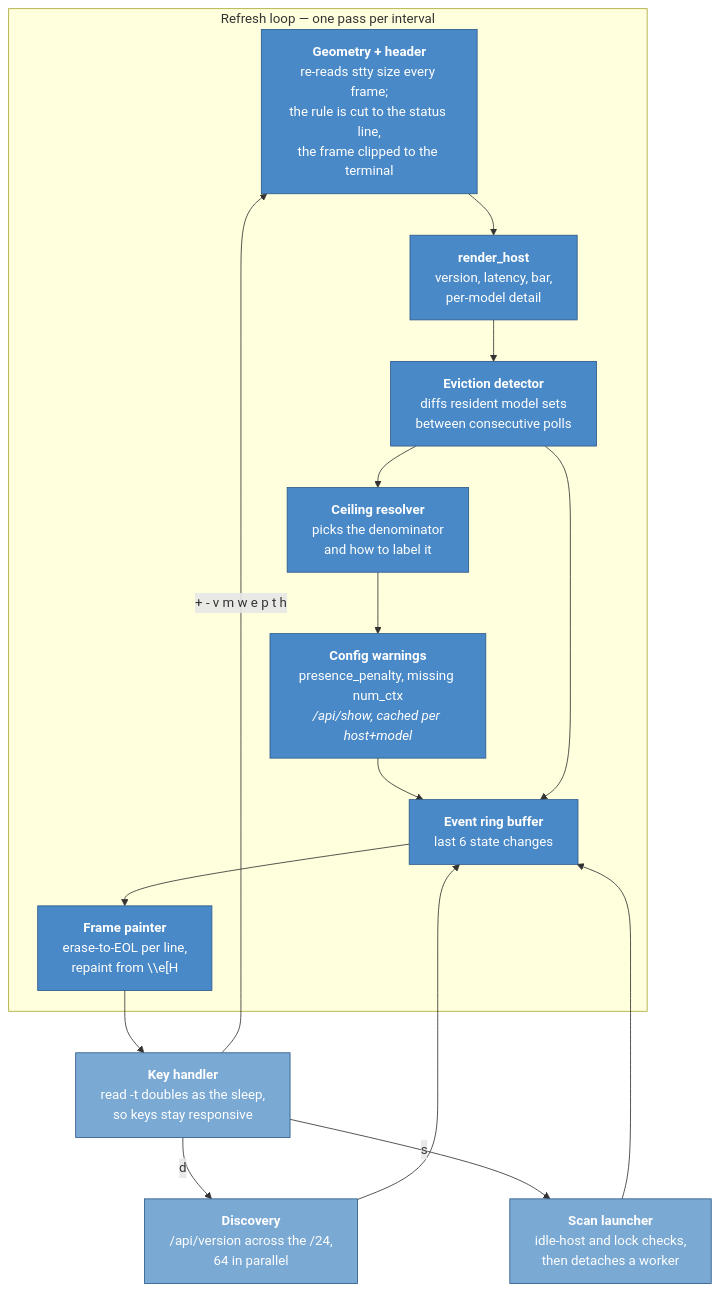
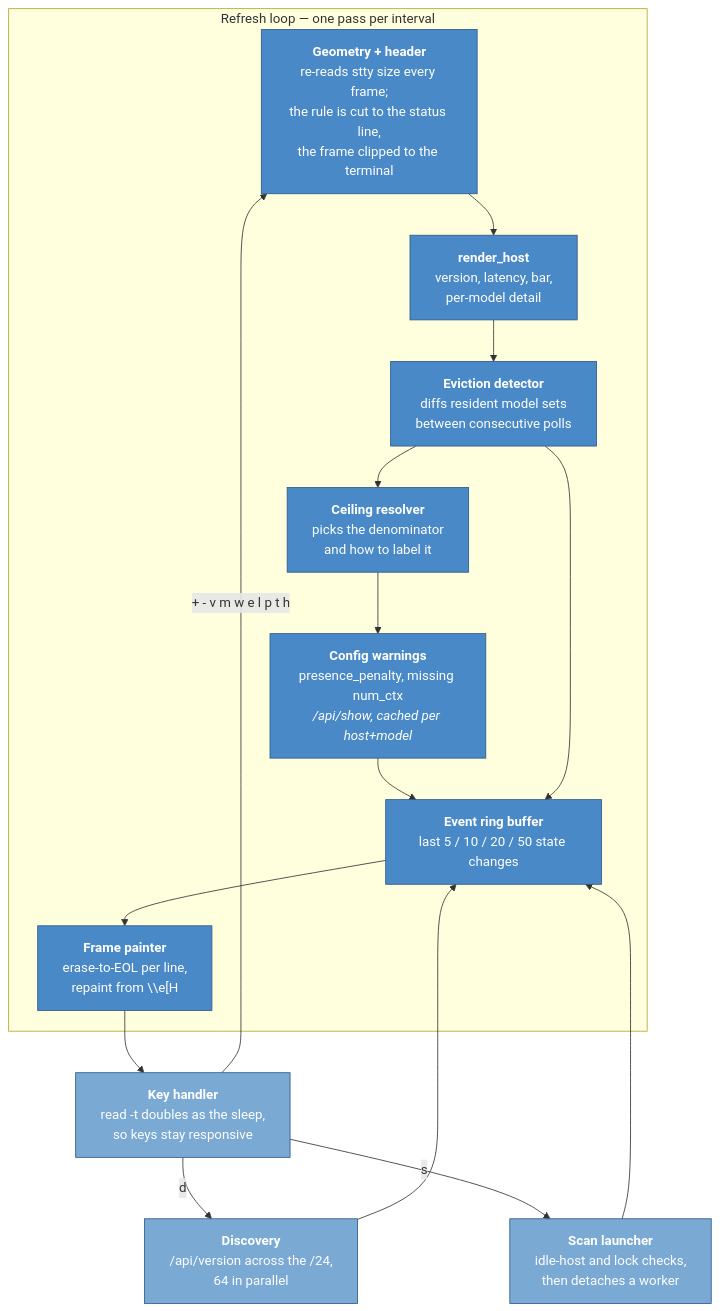
One commit to marcelpetrick/ollamaFarm changed the third of 5 diagrams in docs/architecture.md. Above: the diagram before and after it, drawn with Mermaid. The commit also changed other lines of this file and 4 other files, not shown here.

````diff
--- a/docs/architecture.md
+++ b/docs/architecture.md
@@ -115,30 +115,30 @@
 ```mermaid
 flowchart TB
   subgraph loop ["Refresh loop — one pass per interval"]
     geom["<b>Geometry + header</b><br/>re-reads stty size every frame;<br/>the rule is cut to the status line,<br/>the frame clipped to the terminal"]
     render["<b>render_host</b><br/>version, latency, bar,<br/>per-model detail"]
     diff["<b>Eviction detector</b><br/>diffs resident model sets<br/>between consecutive polls"]
     ceil["<b>Ceiling resolver</b><br/>picks the denominator<br/>and how to label it"]
     warn["<b>Config warnings</b><br/>presence_penalty, missing num_ctx<br/><i>/api/show, cached per host+model</i>"]
-    events["<b>Event ring buffer</b><br/>last 6 state changes"]
+    events["<b>Event ring buffer</b><br/>last 5 / 10 / 20 / 50 state changes"]
     paint["<b>Frame painter</b><br/>erase-to-EOL per line,<br/>repaint from \\e[H"]
   end
 
   keys["<b>Key handler</b><br/>read -t doubles as the sleep,<br/>so keys stay responsive"]
   disc["<b>Discovery</b><br/>/api/version across the /24,<br/>64 in parallel"]
   probe["<b>Scan launcher</b><br/>idle-host and lock checks,<br/>then detaches a worker"]
 
   geom --> render --> diff --> ceil --> warn --> events --> paint
   paint --> keys
   keys -->|"d"| disc
   keys -->|"s"| probe
-  keys -->|"+ - v m w e p t h"| geom
+  keys -->|"+ - v m w e l p t h"| geom
   diff --> events
   disc --> events
   probe --> events
 
   classDef comp fill:#4a89c7,stroke:#2d5a8a,color:#fff
   classDef act fill:#7aa9d4,stroke:#2d5a8a,color:#fff
   class geom,render,diff,ceil,warn,events,paint comp
   class keys,disc,probe act
 ```
````
